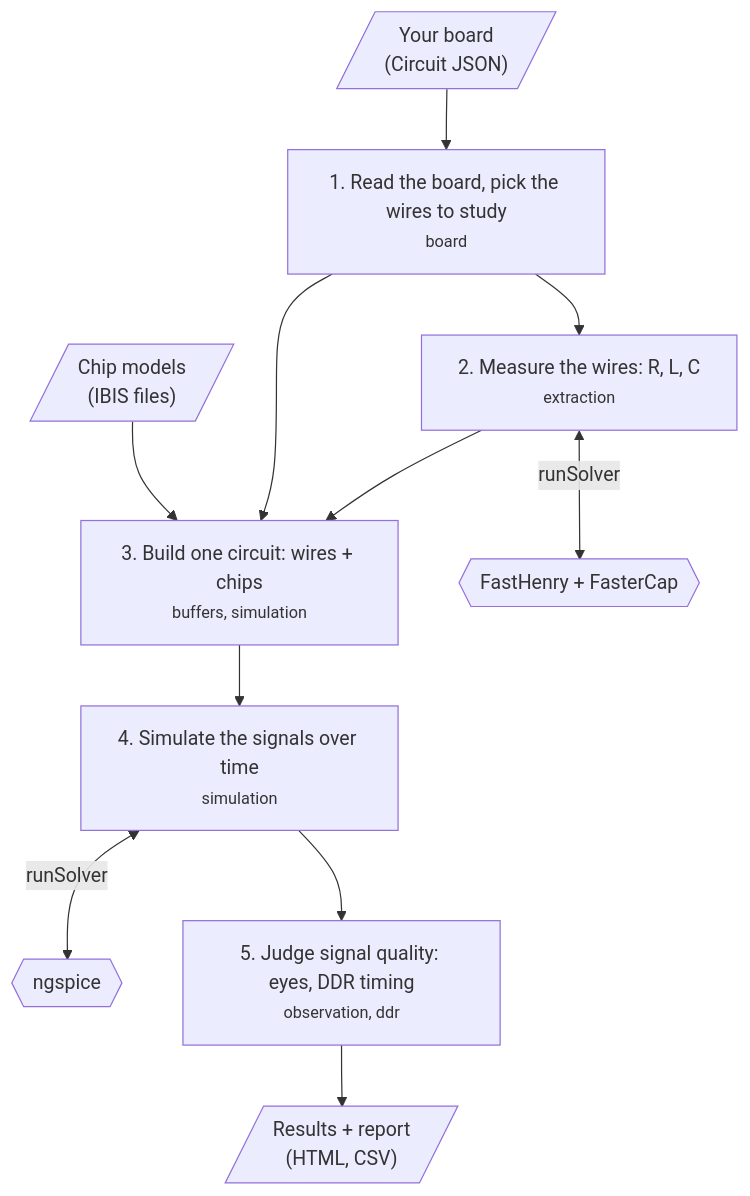
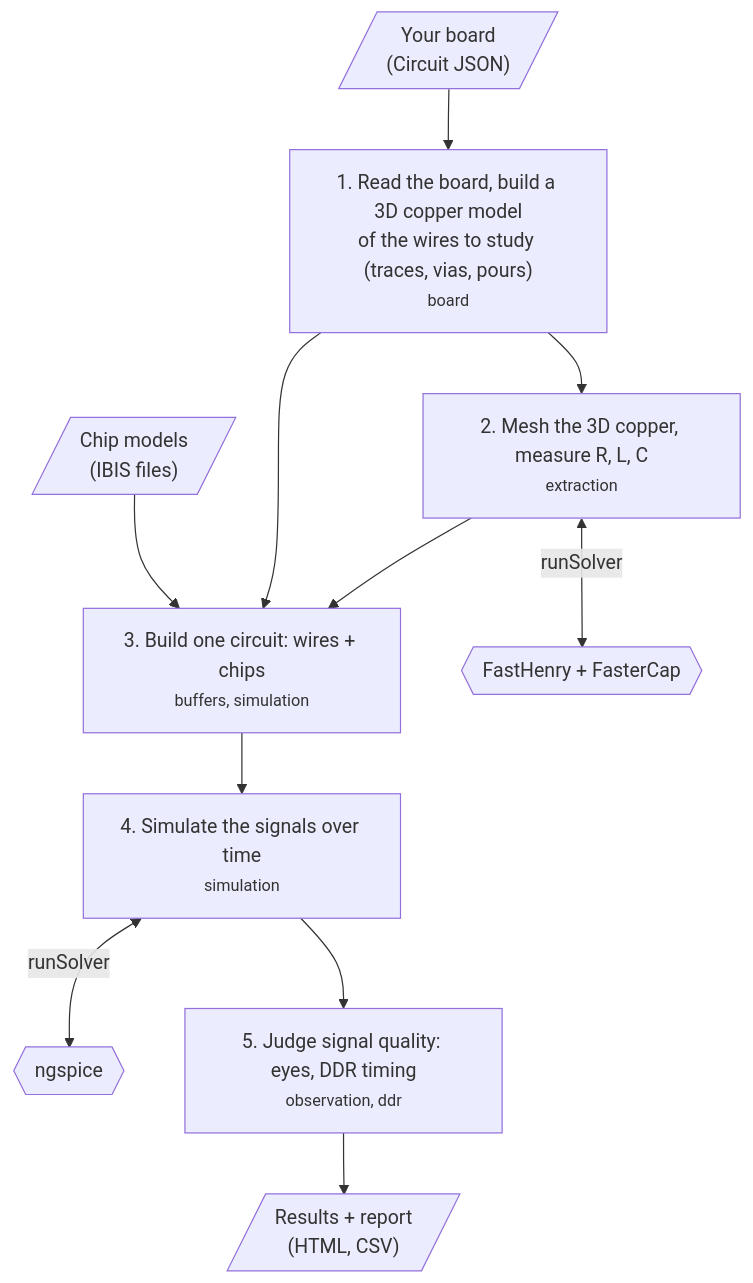
One commit to cocvn157/pcb-spice-pipeline changed the first of 2 diagrams in README.md. Above: the diagram before and after it, drawn with Mermaid.

Commit message:
docs: show 3D copper model step in general workflow

````diff
--- a/README.md
+++ b/README.md
@@ -54,13 +54,13 @@
 ```mermaid
 flowchart TD
-  board[/"Your board<br/>(Circuit JSON)"/] --> s1["1. Read the board, pick the wires to study<br/><small>board</small>"]
+  board[/"Your board<br/>(Circuit JSON)"/] --> s1["1. Read the board, build a 3D copper model<br/>of the wires to study (traces, vias, pours)<br/><small>board</small>"]
   chips[/"Chip models<br/>(IBIS files)"/] --> s3
-  s1 --> s2["2. Measure the wires: R, L, C<br/><small>extraction</small>"]
+  s1 --> s2["2. Mesh the 3D copper, measure R, L, C<br/><small>extraction</small>"]
   s2 <-->|"runSolver"| fs{{"FastHenry + FasterCap"}}
   s1 --> s3["3. Build one circuit: wires + chips<br/><small>buffers, simulation</small>"]
   s2 --> s3
   s3 --> s4["4. Simulate the signals over time<br/><small>simulation</small>"]
   s4 <-->|"runSolver"| ng{{"ngspice"}}
   s4 --> s5["5. Judge signal quality: eyes, DDR timing<br/><small>observation, ddr</small>"]
   s5 --> out[/"Results + report<br/>(HTML, CSV)"/]
 ```
````
